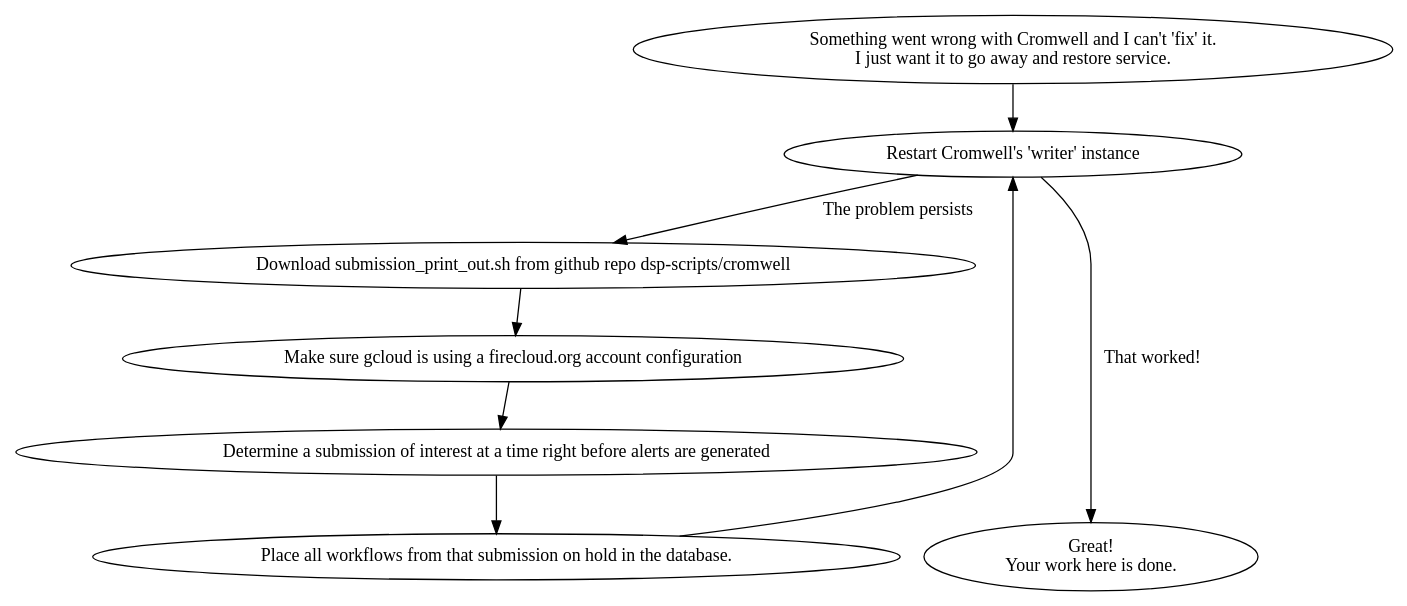
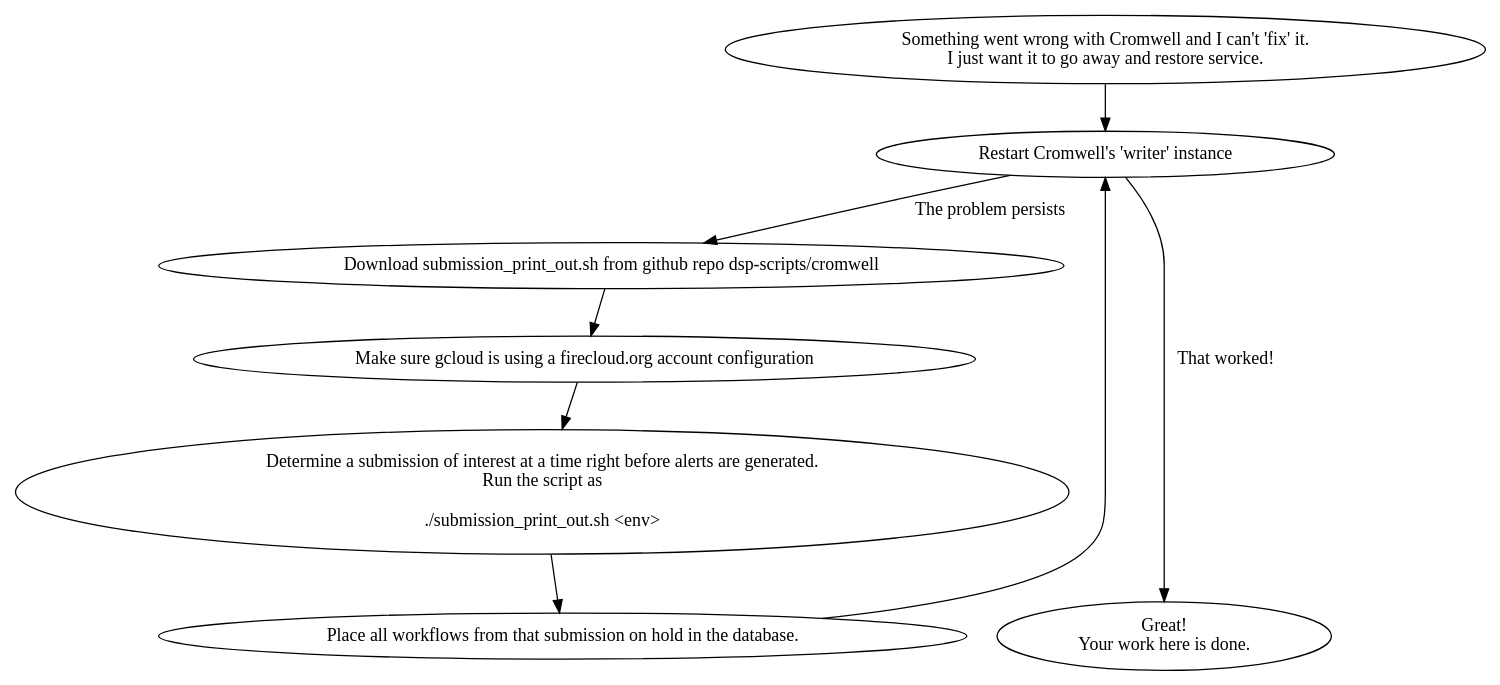
Before and after one commit to broadinstitute/cromwell: the diagram in processes/troubleshooting/all-purpose-mess-remover.dot, drawn with Graphviz. The commit also changed 1 other file, not shown here.

Commit message:
add Run the script as\n\n./submission_print_out.sh <env>

```diff
--- a/processes/troubleshooting/all-purpose-mess-remover.dot
+++ b/processes/troubleshooting/all-purpose-mess-remover.dot
@@ -1,36 +1,36 @@
 digraph {
 
   # Nodes
 
   something_wrong [shape=oval label="Something went wrong with Cromwell and I can't 'fix' it.\nI just want it to go away and restore service."];
 
   # Always start with a restart:
   restart_cromwell_instance [shape=oval label="Restart Cromwell's 'writer' instance"];
 
   download_submission_print_out [shape=oval label="Download submission_print_out.sh from github repo dsp-scripts/cromwell"];
   make_sure_gcloud_use_firecloud [shape=oval label="Make sure gcloud is using a firecloud.org account configuration"];
-  determine_submissions_of_interest [shape=oval label="Determine a submission of interest at a time right before alerts are generated"];
+  determine_submissions_of_interest [shape=oval label="Determine a submission of interest at a time right before alerts are generated.\nRun the script as\n\n./submission_print_out.sh <env>"];
 
   place_submissions_on_hold [shape=oval label="Place all workflows from that submission on hold in the database."];
 
 
   go_to_sleep [shape=oval label="Great!\nYour work here is done."];
 
   { rank=max go_to_sleep }
 
 
   # Edges
 
   something_wrong -> restart_cromwell_instance
 
   restart_cromwell_instance -> go_to_sleep [label="That worked!"]
 
   restart_cromwell_instance -> download_submission_print_out [label="The problem persists"]
   download_submission_print_out -> make_sure_gcloud_use_firecloud
   make_sure_gcloud_use_firecloud -> determine_submissions_of_interest
   determine_submissions_of_interest -> place_submissions_on_hold
 
   place_submissions_on_hold -> restart_cromwell_instance
 
 
 }
```
